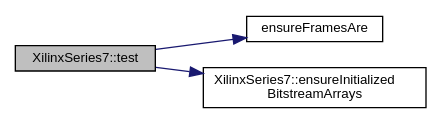
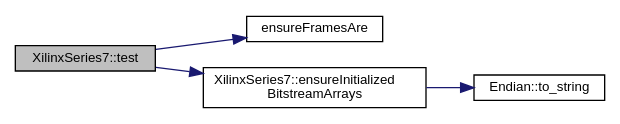
One commit to FPGA-Research-Manchester/byteman changed the diagram in classXilinxSeries7_a73abeaae240b21bea1673ef733d78944_cgraph.dot. Above: the diagram before and after it, drawn with Graphviz. The commit also changed 271 other files, not shown here.

```diff
--- a/classXilinxSeries7_a73abeaae240b21bea1673ef733d78944_cgraph.dot
+++ b/classXilinxSeries7_a73abeaae240b21bea1673ef733d78944_cgraph.dot
@@ -1,13 +1,15 @@
 digraph "XilinxSeries7::test"
 {
  // INTERACTIVE_SVG=YES
  // LATEX_PDF_SIZE
   edge [fontname="Helvetica",fontsize="10",labelfontname="Helvetica",labelfontsize="10"];
   node [fontname="Helvetica",fontsize="10",shape=record];
   rankdir="LR";
   Node1 [label="XilinxSeries7::test",height=0.2,width=0.4,color="black", fillcolor="grey75", style="filled", fontcolor="black",tooltip=" "];
   Node1 -> Node2 [color="midnightblue",fontsize="10",style="solid",fontname="Helvetica"];
   Node2 [label="ensureFramesAre",height=0.2,width=0.4,color="black", fillcolor="white", style="filled",URL="$inlineTest_8h.html#a38aadd629bd2ab8241e670ee8102dfc2",tooltip=" "];
   Node1 -> Node3 [color="midnightblue",fontsize="10",style="solid",fontname="Helvetica"];
   Node3 [label="XilinxSeries7::ensureInitialized\lBitstreamArrays",height=0.2,width=0.4,color="black", fillcolor="white", style="filled",URL="$classXilinxSeries7.html#a48e8af97afd87fb913bb399474901f25",tooltip=" "];
+  Node3 -> Node4 [color="midnightblue",fontsize="10",style="solid",fontname="Helvetica"];
+  Node4 [label="Endian::to_string",height=0.2,width=0.4,color="black", fillcolor="white", style="filled",URL="$namespaceEndian.html#ac9f4873f9a0c23291fa47d68dff6fbbc",tooltip=" "];
 }
```
